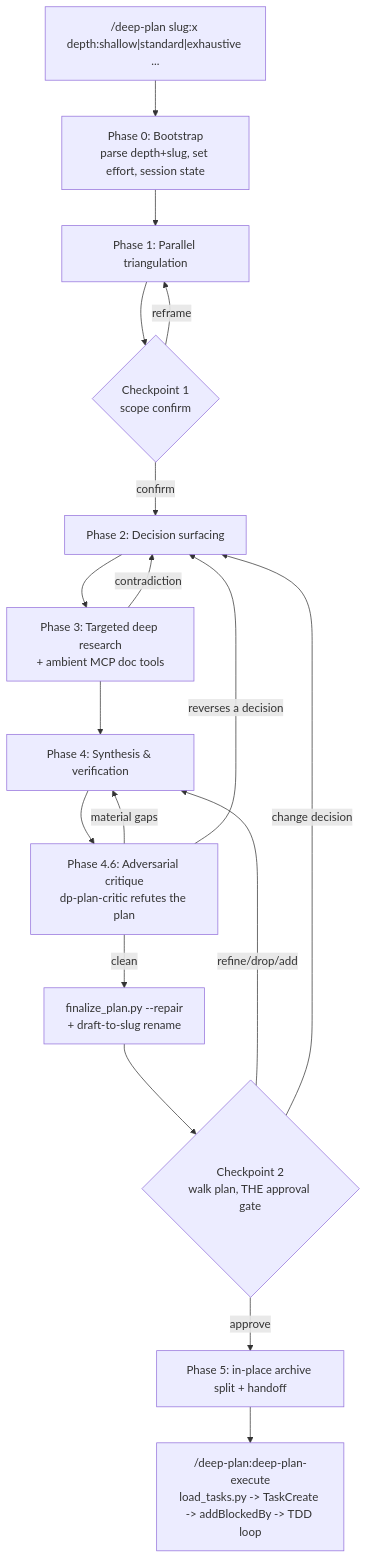
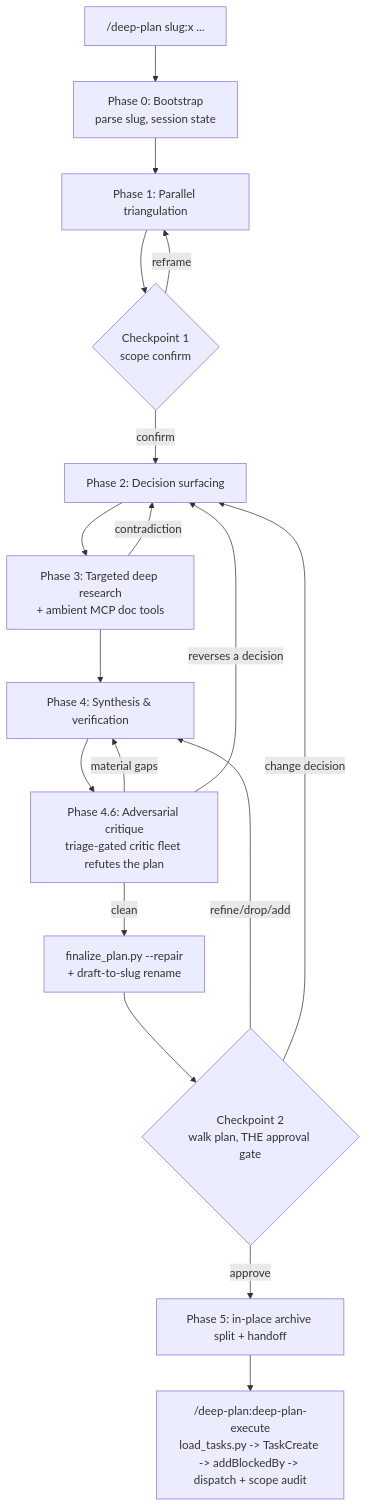
Before and after one commit to Tsadoq/claude-better-plan: the first of 2 diagrams in PLAN.md, drawn with Mermaid. The commit also changed other lines of this file and 19 other files, not shown here.

````diff
--- a/PLAN.md
+++ b/PLAN.md
@@ -23,20 +23,20 @@
 ```mermaid
 flowchart TD
-    Args["/deep-plan slug:x depth:shallow|standard|exhaustive ..."] --> P0
-    P0[Phase 0: Bootstrap<br/>parse depth+slug, set effort, session state] --> P1[Phase 1: Parallel triangulation]
+    Args["/deep-plan slug:x ..."] --> P0
+    P0[Phase 0: Bootstrap<br/>parse slug, session state] --> P1[Phase 1: Parallel triangulation]
     P1 --> CP1{Checkpoint 1<br/>scope confirm}
     CP1 -->|reframe| P1
     CP1 -->|confirm| P2[Phase 2: Decision surfacing]
     P2 --> P3[Phase 3: Targeted deep research<br/>+ ambient MCP doc tools]
     P3 -->|contradiction| P2
     P3 --> P4[Phase 4: Synthesis & verification]
-    P4 --> P46[Phase 4.6: Adversarial critique<br/>dp-plan-critic refutes the plan]
+    P4 --> P46[Phase 4.6: Adversarial critique<br/>triage-gated critic fleet refutes the plan]
     P46 -->|material gaps| P4
     P46 -->|reverses a decision| P2
     P46 -->|clean| REP["finalize_plan.py --repair<br/>+ draft-to-slug rename"]
     REP --> CP2{Checkpoint 2<br/>walk plan, THE approval gate}
     CP2 -->|refine/drop/add| P4
     CP2 -->|change decision| P2
     CP2 -->|approve| P5[Phase 5: in-place archive split + handoff]
-    P5 --> Exec["/deep-plan:deep-plan-execute<br/>load_tasks.py -> TaskCreate -> addBlockedBy -> TDD loop"]
+    P5 --> Exec["/deep-plan:deep-plan-execute<br/>load_tasks.py -> TaskCreate -> addBlockedBy -> dispatch + scope audit"]
 ```
````
